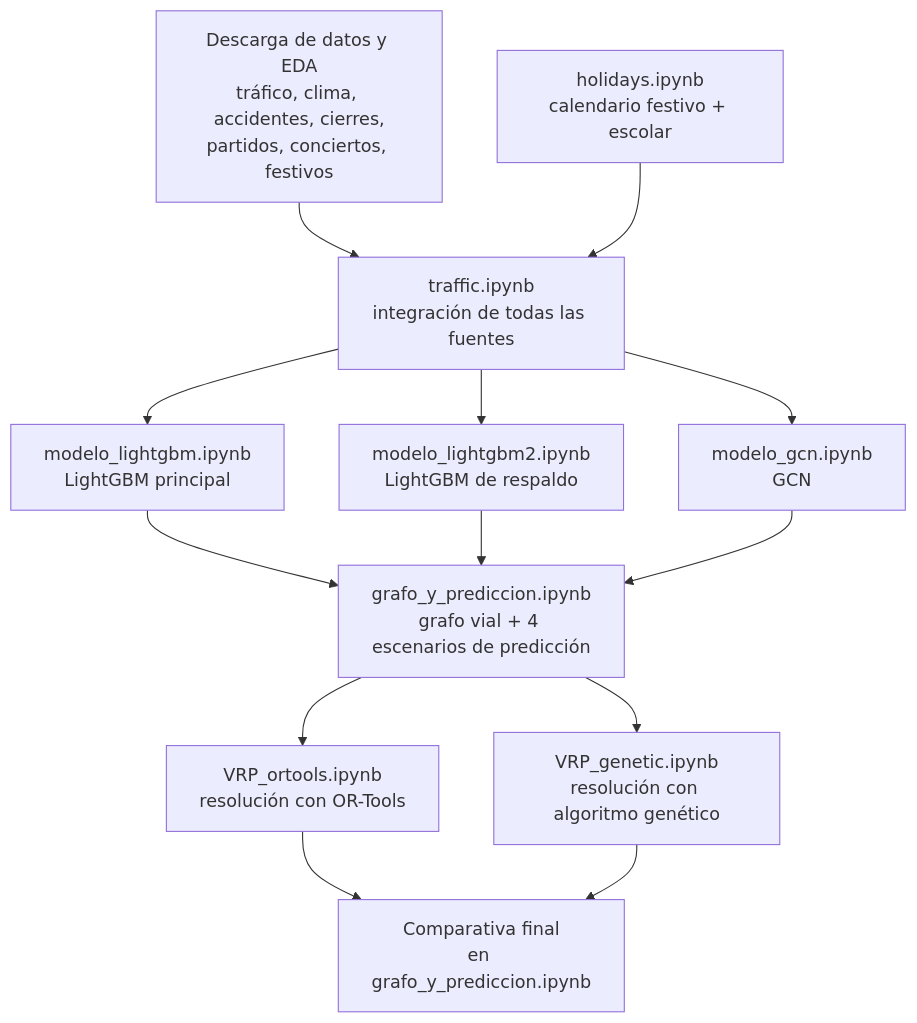
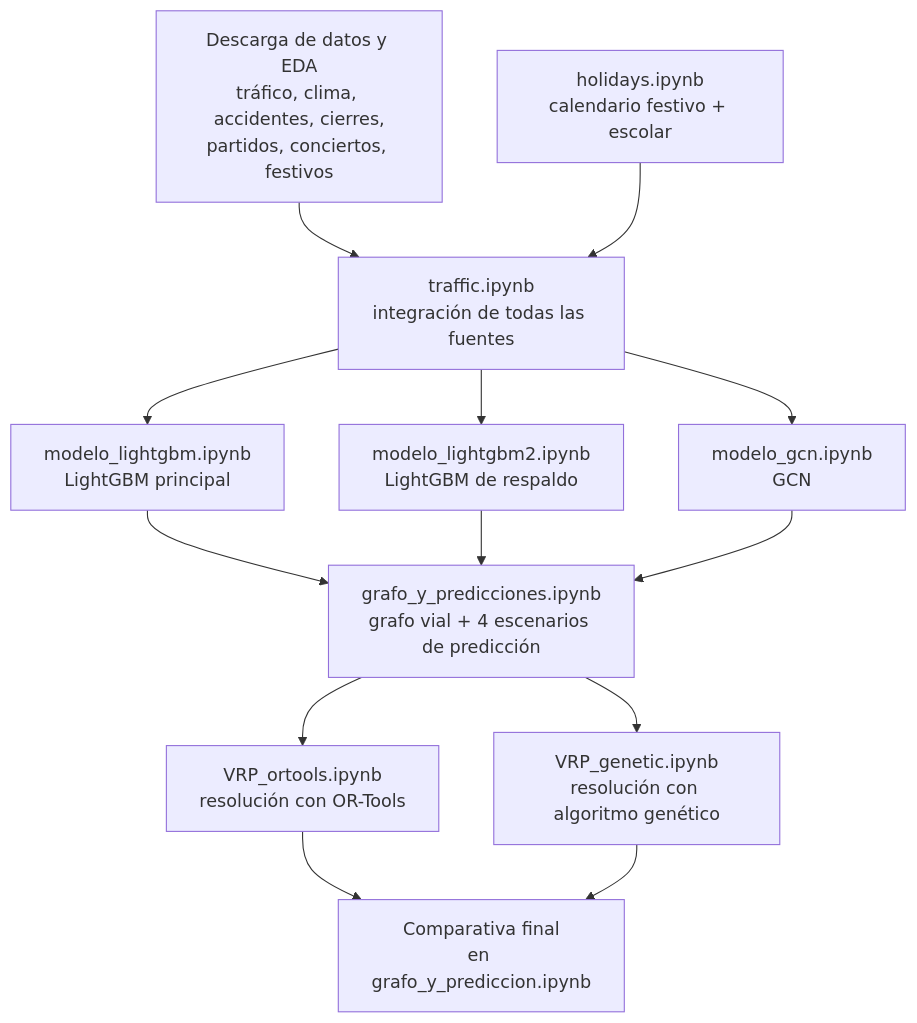
Before and after one commit to iac50/TFM_final: the diagram in README.md, drawn with Mermaid.

Commit message:
Fix typo in link to prediction graph notebook

````diff
--- a/README.md
+++ b/README.md
@@ -26,17 +26,17 @@
 ```mermaid
 flowchart TD
     A1[Descarga de datos y EDA<br/>tráfico, clima, accidentes, cierres,<br/>partidos, conciertos, festivos] 
     A2[holidays.ipynb<br/>calendario festivo + escolar]
     A1 --> D[traffic.ipynb<br/>integración de todas las fuentes]
     A2 --> D
     D --> E1[modelo_lightgbm.ipynb<br/>LightGBM principal]
     D --> E2[modelo_lightgbm2.ipynb<br/>LightGBM de respaldo]
     D --> E3[modelo_gcn.ipynb<br/>GCN]
-    E1 --> F[grafo_y_prediccion.ipynb<br/>grafo vial + 4 escenarios de predicción]
+    E1 --> F[grafo_y_predicciones.ipynb<br/>grafo vial + 4 escenarios de predicción]
     E2 --> F
     E3 --> F
     F --> G1[VRP_ortools.ipynb<br/>resolución con OR-Tools]
     F --> G2[VRP_genetic.ipynb<br/>resolución con algoritmo genético]
     G1 --> H[Comparativa final<br/>en grafo_y_prediccion.ipynb]
     G2 --> H
 ```
````
